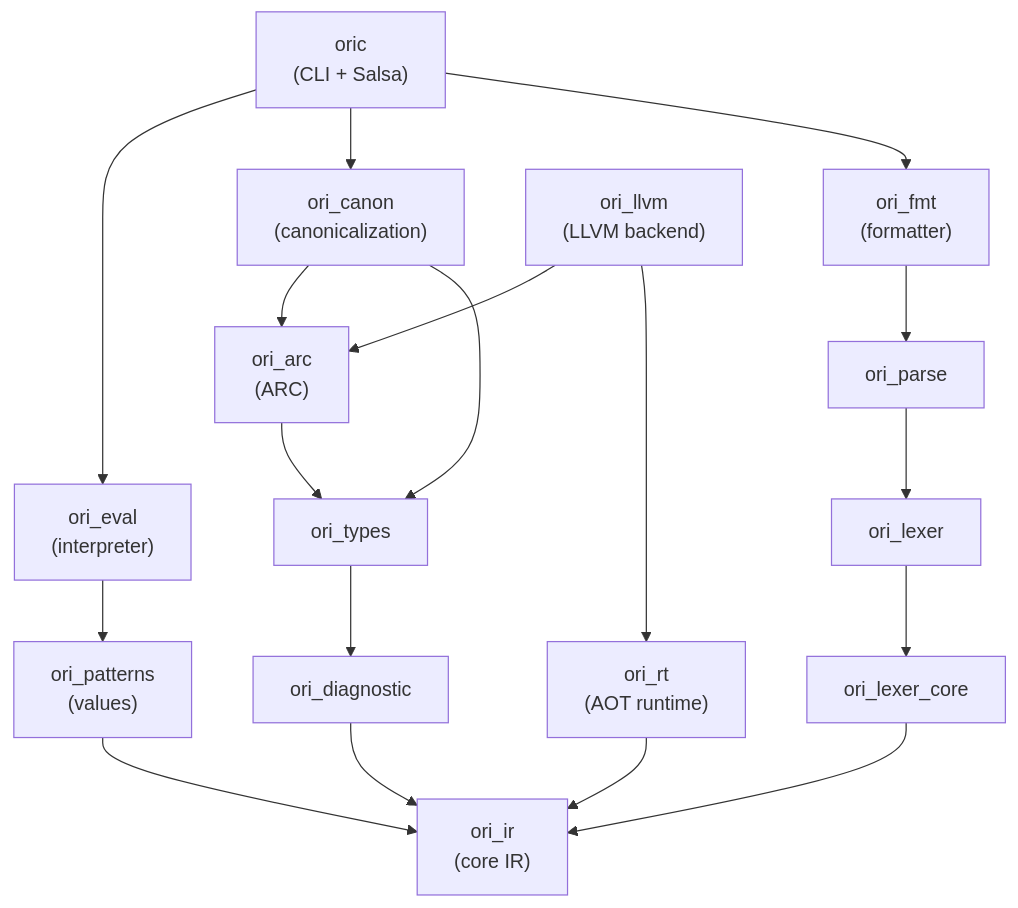
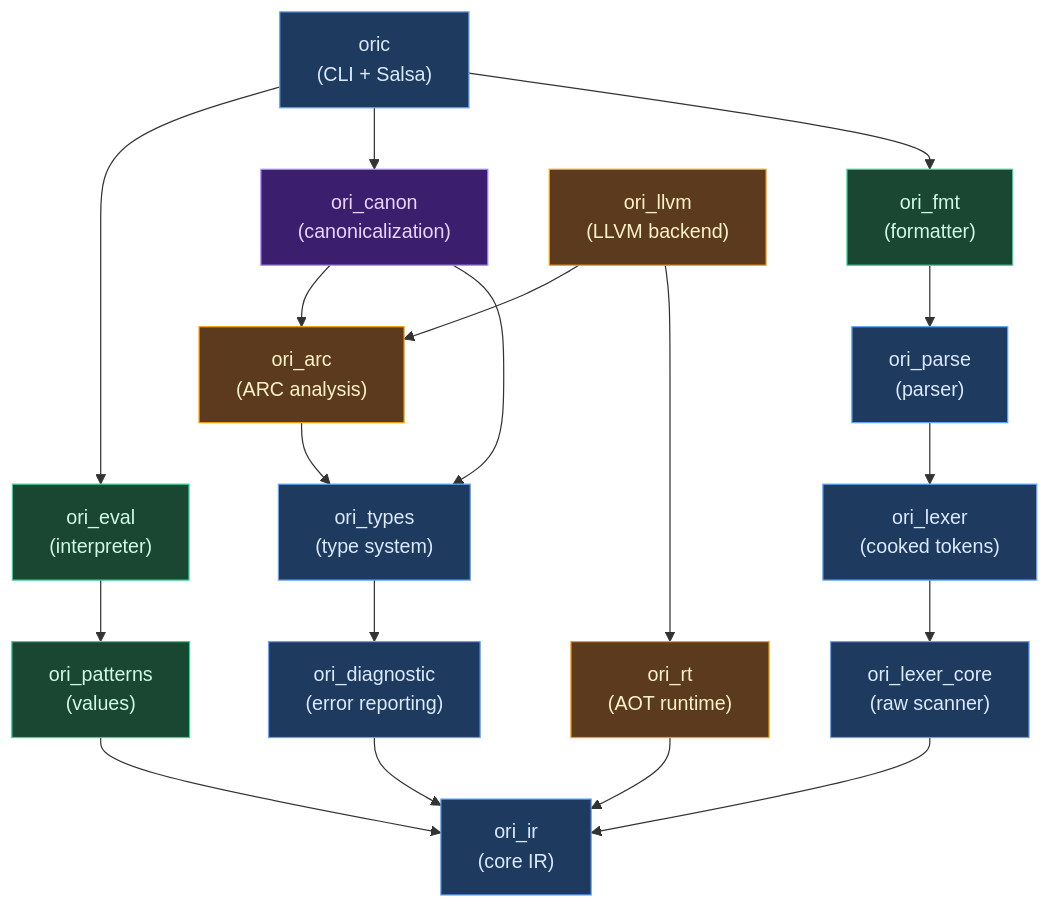
One commit to upstat-io/ori-lang changed the third of 3 diagrams in docs/compiler/design/01-architecture/index.md. Above: the diagram before and after it, drawn with Mermaid. The commit also changed other lines of this file and 152 other files, not shown here.

````diff
--- a/docs/compiler/design/01-architecture/index.md
+++ b/docs/compiler/design/01-architecture/index.md
@@ -156,30 +246,48 @@
 ```mermaid
 flowchart TB
     oric["oric
-(CLI + Salsa)"]
+    (CLI + Salsa)"]
 
     oric --> ori_eval["ori_eval
-(interpreter)"]
+    (interpreter)"]
     oric --> ori_canon["ori_canon
-(canonicalization)"]
+    (canonicalization)"]
     oric --> ori_fmt["ori_fmt
-(formatter)"]
+    (formatter)"]
 
     ori_eval --> ori_patterns["ori_patterns
-(values)"]
+    (values)"]
     ori_canon --> ori_arc["ori_arc
-(ARC)"]
-    ori_canon --> ori_types["ori_types"]
+    (ARC analysis)"]
+    ori_canon --> ori_types["ori_types
+    (type system)"]
     ori_llvm["ori_llvm
-(LLVM backend)"] --> ori_arc
+    (LLVM backend)"] --> ori_arc
     ori_llvm --> ori_rt["ori_rt
-(AOT runtime)"]
+    (AOT runtime)"]
     ori_arc --> ori_types
-    ori_fmt --> ori_parse["ori_parse"]
+    ori_fmt --> ori_parse["ori_parse
+    (parser)"]
 
-    ori_types --> ori_diagnostic["ori_diagnostic"] --> ori_ir["ori_ir
-(core IR)"]
-    ori_parse --> ori_lexer["ori_lexer"] --> ori_lexer_core["ori_lexer_core"] --> ori_ir
+    ori_types --> ori_diagnostic["ori_diagnostic
+    (error reporting)"]
+    ori_diagnostic --> ori_ir["ori_ir
+    (core IR)"]
+    ori_parse --> ori_lexer["ori_lexer
+    (cooked tokens)"]
+    ori_lexer --> ori_lexer_core["ori_lexer_core
+    (raw scanner)"]
+    ori_lexer_core --> ori_ir
     ori_patterns --> ori_ir
     ori_rt --> ori_ir
+
+    classDef frontend fill:#1e3a5f,stroke:#60a5fa,color:#dbeafe
+    classDef canon fill:#3b1f6e,stroke:#a78bfa,color:#e9d5ff
+    classDef interpreter fill:#1a4731,stroke:#34d399,color:#d1fae5
+    classDef native fill:#5c3a1e,stroke:#f59e0b,color:#fef3c7
+
+    class oric,ori_parse,ori_lexer,ori_lexer_core,ori_types,ori_diagnostic,ori_ir frontend
+    class ori_canon canon
+    class ori_eval,ori_patterns,ori_fmt interpreter
+    class ori_llvm,ori_arc,ori_rt native
 ```
````
